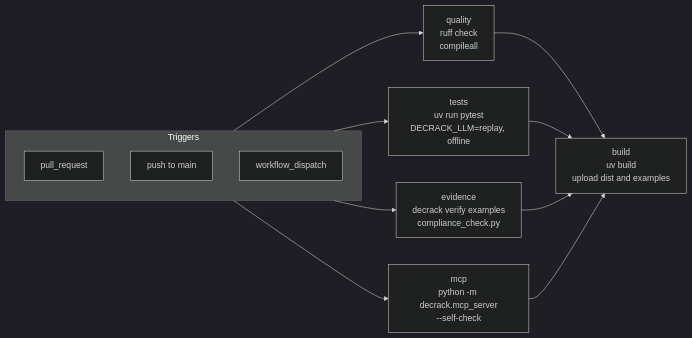
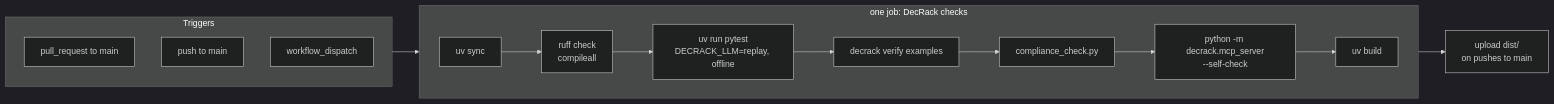
The eighth of 8 diagrams in docs/ARCHITECTURE.md (Madhav-GPT/DecRack), drawn with Mermaid (dark theme) before and after one commit. The commit also changed other lines of this file and 6 other files, not shown here.

````diff
--- a/docs/ARCHITECTURE.md
+++ b/docs/ARCHITECTURE.md
@@ -740,14 +739,19 @@
 ```mermaid
 flowchart LR
     subgraph TRIGGERS["Triggers"]
-        T1["pull_request"]
+        T1["pull_request to main"]
         T2["push to main"]
         T3["workflow_dispatch"]
     end
-    TRIGGERS --> QUALITY & TESTS & EVIDENCE & MCPCHECK
-    QUALITY["quality<br/>ruff check<br/>compileall"] --> BUILD
-    TESTS["tests<br/>uv run pytest<br/>DECRACK_LLM=replay, offline"] --> BUILD
-    EVIDENCE["evidence<br/>decrack verify examples<br/>compliance_check.py"] --> BUILD
-    MCPCHECK["mcp<br/>python -m decrack.mcp_server<br/>--self-check"] --> BUILD
-    BUILD["build<br/>uv build<br/>upload dist and examples"]
+    TRIGGERS --> JOB
+    subgraph JOB["one job: DecRack checks"]
+        direction LR
+        S1["uv sync"] --> S2["ruff check<br/>compileall"]
+        S2 --> S3["uv run pytest<br/>DECRACK_LLM=replay, offline"]
+        S3 --> S4["decrack verify examples"]
+        S4 --> S5["compliance_check.py"]
+        S5 --> S6["python -m decrack.mcp_server<br/>--self-check"]
+        S6 --> S7["uv build"]
+    end
+    JOB --> UP["upload dist/<br/>on pushes to main"]
 ```
````
